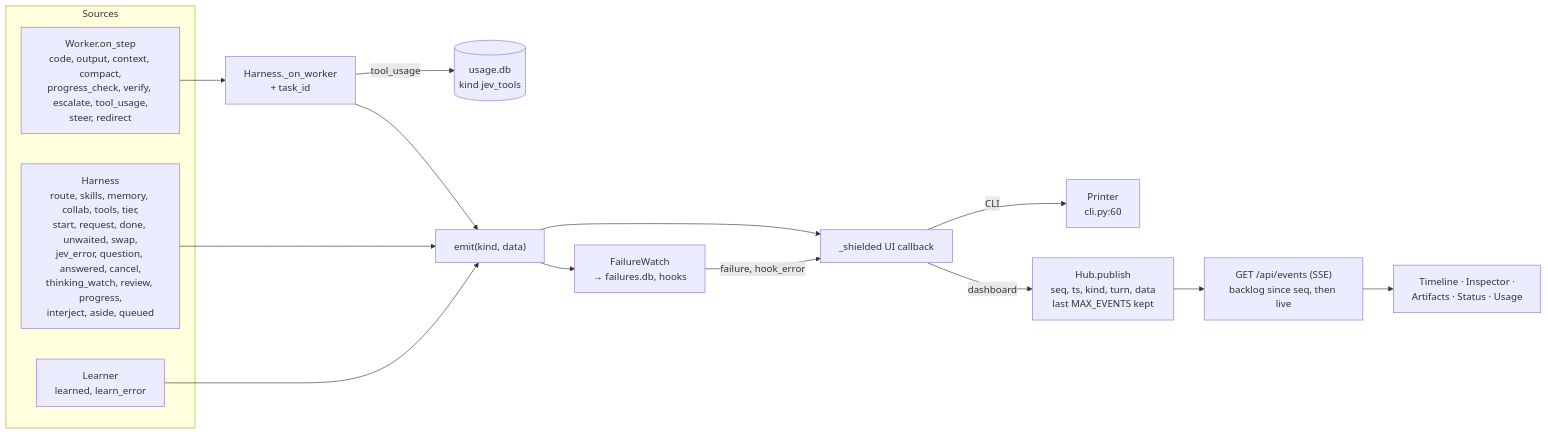
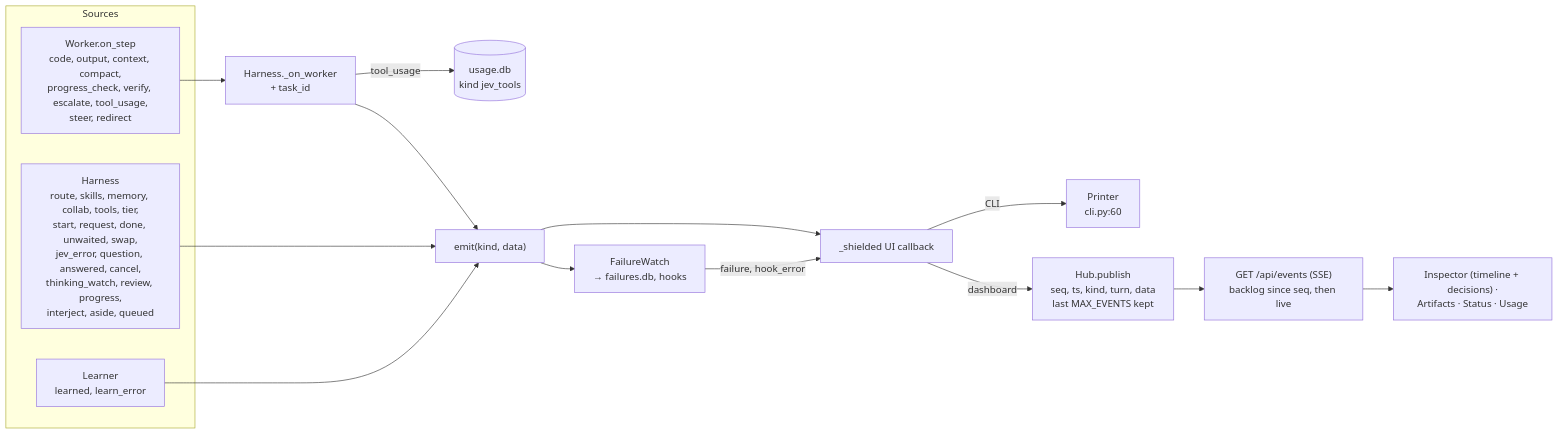
The first of 3 diagrams in docs/architecture/10-observability.md (slumpsod/jev-harness), drawn with Mermaid before and after one commit. The commit also changed other lines of this file and 28 other files, not shown here.

````diff
--- a/docs/architecture/10-observability.md
+++ b/docs/architecture/10-observability.md
@@ -11,20 +11,20 @@
 ```mermaid
 flowchart LR
   subgraph Sources
     H["Harness<br/>route, skills, memory, collab, tools, tier,<br/>start, request, done, unwaited, swap,<br/>jev_error, question, answered, cancel,<br/>thinking_watch, review, progress,<br/>interject, aside, queued"]
     W["Worker.on_step<br/>code, output, context, compact,<br/>progress_check, verify, escalate, tool_usage,<br/>steer, redirect"]
     L["Learner<br/>learned, learn_error"]
   end
   W --> OW["Harness._on_worker<br/>+ task_id"]
   OW -- "tool_usage" --> U[("usage.db<br/>kind jev_tools")]
   OW --> EM["emit(kind, data)"]
   H --> EM
   L --> EM
   EM --> SH["_shielded UI callback"]
   EM --> FW["FailureWatch<br/>→ failures.db, hooks"]
   FW -- "failure, hook_error" --> SH
   SH -- "CLI" --> PR["Printer<br/>cli.py:60"]
   SH -- "dashboard" --> HUB["Hub.publish<br/>seq, ts, kind, turn, data<br/>last MAX_EVENTS kept"]
   HUB --> SSE["GET /api/events (SSE)<br/>backlog since seq, then live"]
-  SSE --> UI["Timeline · Inspector ·<br/>Artifacts · Status · Usage"]
+  SSE --> UI["Inspector (timeline + decisions) ·<br/>Artifacts · Status · Usage"]
 ```
````
